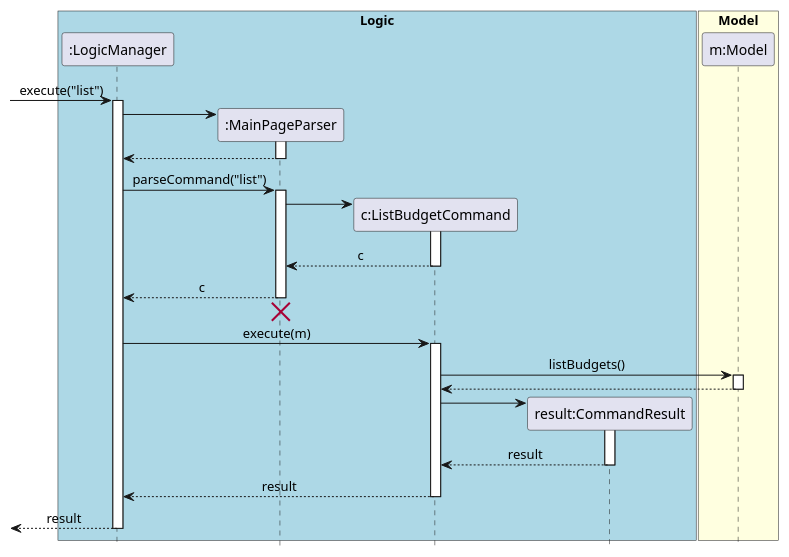
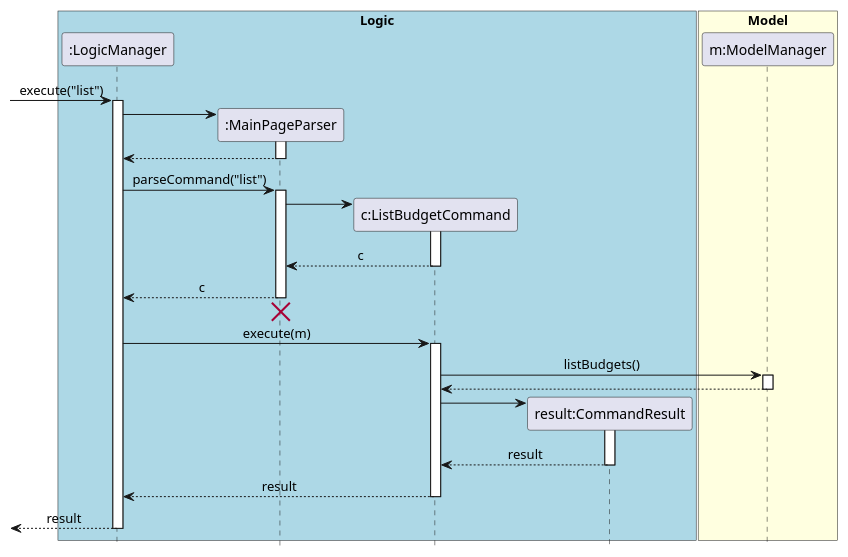
Before and after one commit to yu-ming-chen/tp: the diagram in docs/diagrams/commandsPlantUML/ListBudgetCommand.puml, drawn with PlantUML. The commit also changed 35 other files, not shown here.

Commit message:
Update Diagrams

```diff
--- a/docs/diagrams/commandsPlantUML/ListBudgetCommand.puml
+++ b/docs/diagrams/commandsPlantUML/ListBudgetCommand.puml
@@ -1,59 +1,59 @@
 @startuml
 hide footbox
 skinparam Sequence {
     MessageAlign center
 }
 box "Logic" #LightBlue
 participant ":LogicManager" as LM
 participant ":MainPageParser" as MPP
 participant "c:ListBudgetCommand" as LBC
 participant "result:CommandResult" as CR
 end box
 
 box "Model" #LightYellow
-participant "m:Model" as M
+participant "m:ModelManager" as M
 end box
 
 [-> LM : execute("list")
 activate LM
 create MPP
 LM -> MPP
 activate MPP
 LM <-- MPP
 deactivate MPP
 
 LM -> MPP : parseCommand("list")
 activate MPP
 
 create LBC
 MPP -> LBC
 activate LBC
 MPP <-- LBC : c
 deactivate LBC
 LM <-- MPP : c
 
 deactivate MPP
 LM <-[hidden]- MPP
 destroy MPP
 
 LM -> LBC : execute(m)
 activate LBC
 
 LBC -> M : listBudgets()
 activate M
 LBC <-- M
 deactivate M
 
 create CR
 LBC -> CR
 activate CR
 LBC <-- CR : result
 deactivate CR
 
 LM <-- LBC : result
 deactivate LBC
 
 [<-- LM : result
 deactivate LM
 
 @enduml
```
